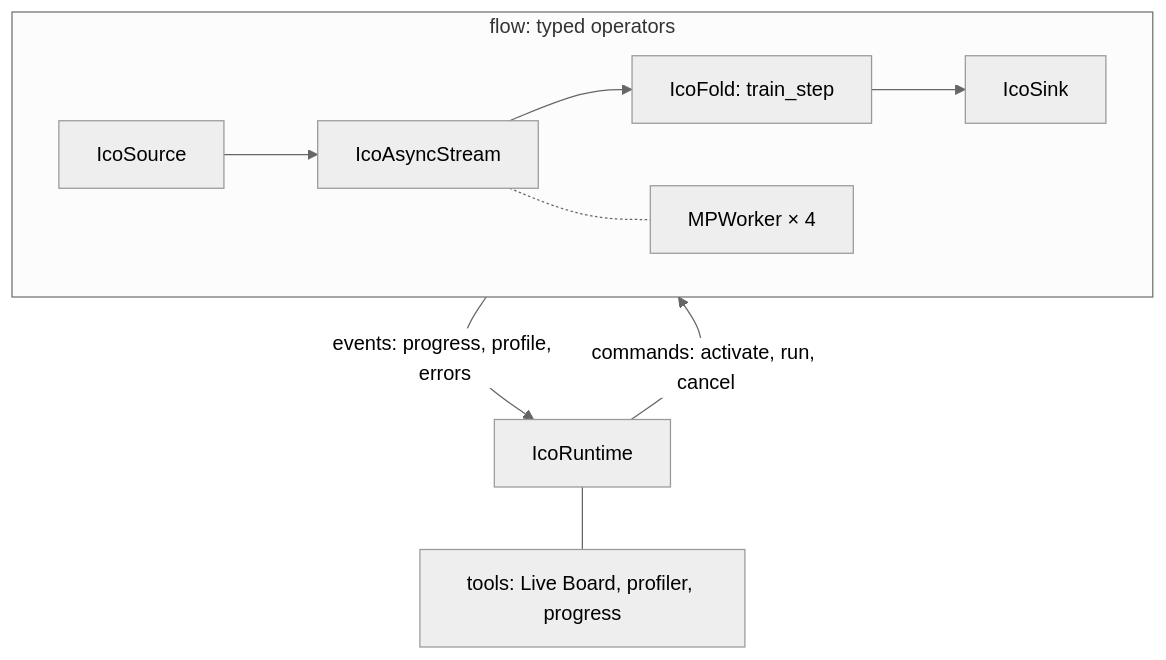
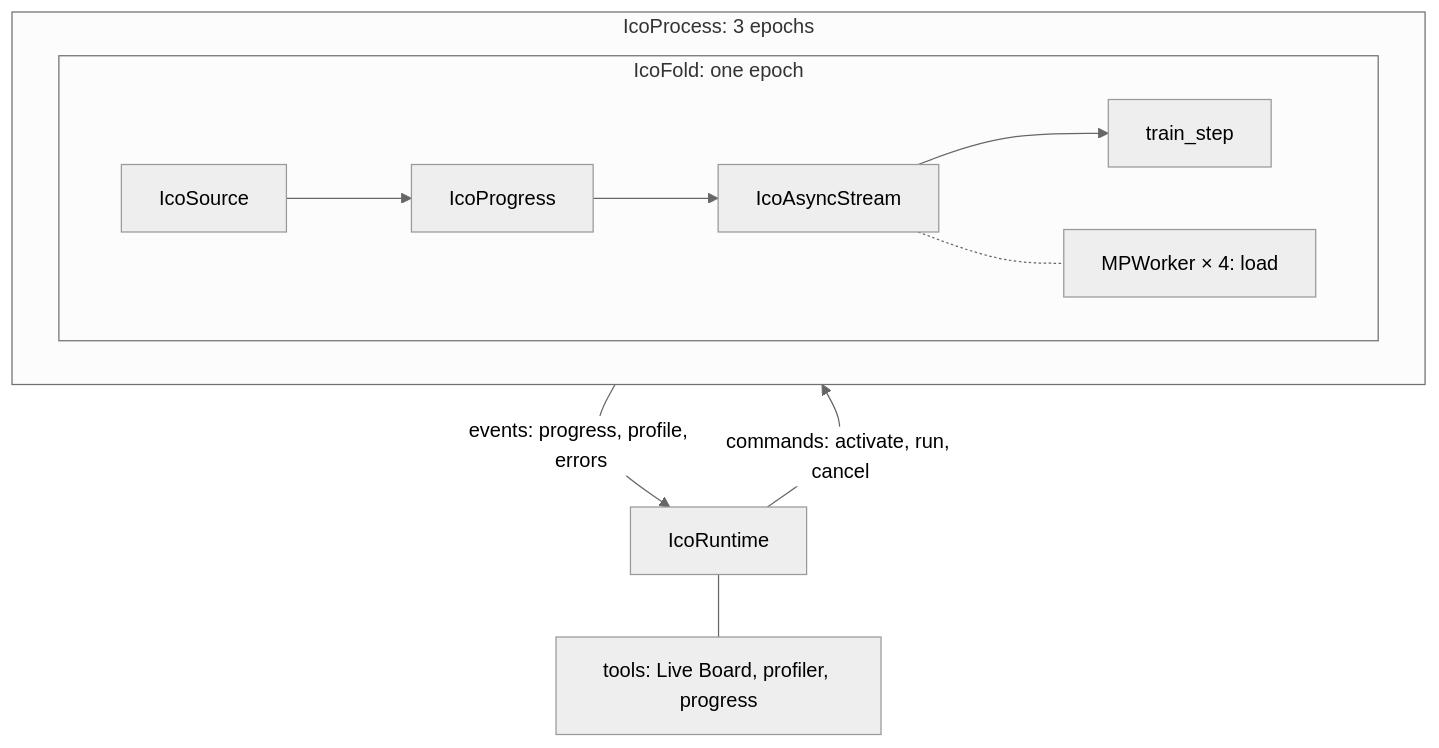
The diagram in README.md (apriori3d/ico), drawn with Mermaid (neutral theme) before and after one commit. The commit also changed other lines of this file and 1 other file, not shown here.

Commit message:
README: a diagram of the training process, Fibonacci stays first
The diagram shows the training process of a new example,
src/examples/ico_training.py (a pool of worker processes loads items, a
fold runs an epoch over them, a process repeats it), listed with the
examples; the Fibonacci example stays the first one.

````diff
--- a/README.md
+++ b/README.md
@@ -39,11 +39,14 @@
 ```mermaid
 flowchart TB
   R["IcoRuntime"] --- T["tools: Live Board, profiler, progress"]
   R -- "commands: activate, run, cancel" --> flow
   flow -- "events: progress, profile, errors" --> R
-  subgraph flow["flow: typed operators"]
+  subgraph flow["IcoProcess: 3 epochs"]
     direction LR
-    S["IcoSource"] --> A["IcoAsyncStream"] --> F["IcoFold: train_step"] --> K["IcoSink"]
-    A -.- W["MPWorker × 4"]
+    subgraph epoch["IcoFold: one epoch"]
+      direction LR
+      S["IcoSource"] --> P["IcoProgress"] --> A["IcoAsyncStream"] --> F["train_step"]
+      A -.- W["MPWorker × 4: load"]
+    end
   end
 ```
````
